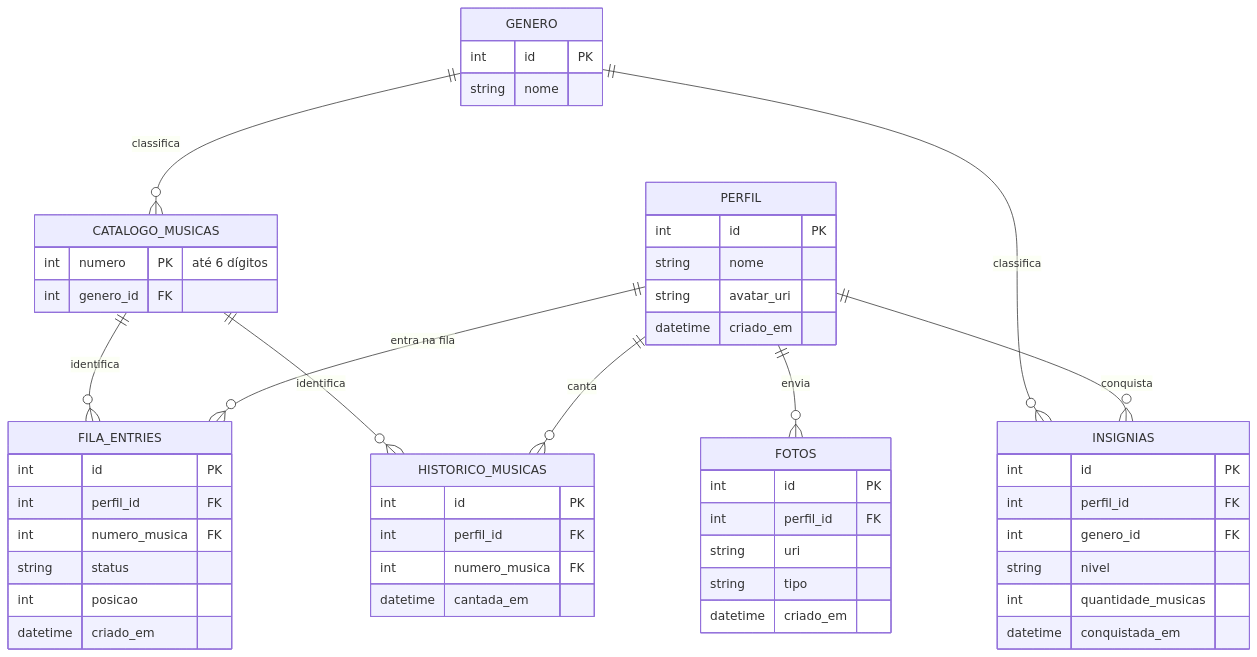
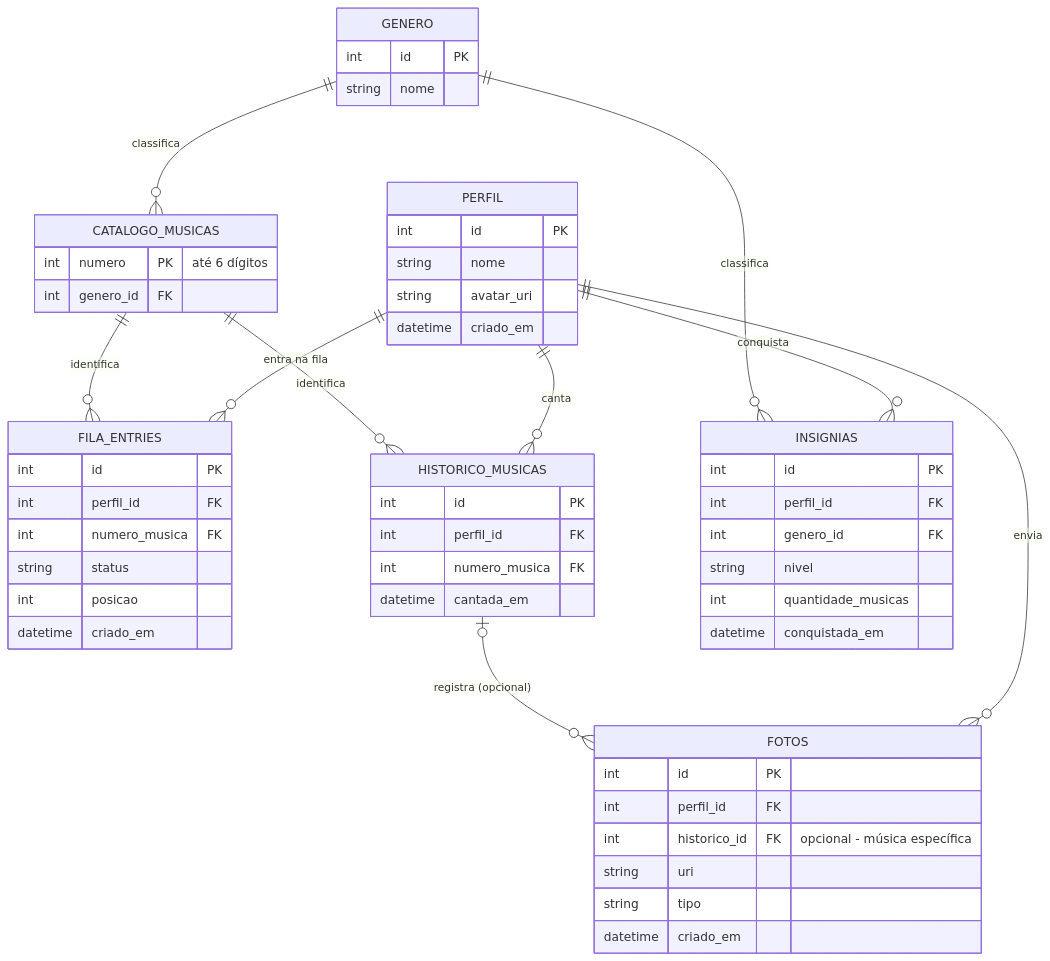
The diagram in README.md (william-wv/app-julius), drawn with Mermaid before and after one commit.

Commit message:
docs: modela vínculo opcional entre fotos e música (historico)

````diff
--- a/README.md
+++ b/README.md
@@ -42,55 +42,57 @@
 ```mermaid
 erDiagram
     PERFIL ||--o{ FILA_ENTRIES : "entra na fila"
     PERFIL ||--o{ HISTORICO_MUSICAS : "canta"
     PERFIL ||--o{ INSIGNIAS : "conquista"
     PERFIL ||--o{ FOTOS : "envia"
     CATALOGO_MUSICAS ||--o{ FILA_ENTRIES : "identifica"
     CATALOGO_MUSICAS ||--o{ HISTORICO_MUSICAS : "identifica"
+    HISTORICO_MUSICAS |o--o{ FOTOS : "registra (opcional)"
     GENERO ||--o{ CATALOGO_MUSICAS : "classifica"
     GENERO ||--o{ INSIGNIAS : "classifica"
 
     PERFIL {
         int id PK
         string nome
         string avatar_uri
         datetime criado_em
     }
     GENERO {
         int id PK
         string nome
     }
     CATALOGO_MUSICAS {
         int numero PK "até 6 dígitos"
         int genero_id FK
     }
     FILA_ENTRIES {
         int id PK
         int perfil_id FK
         int numero_musica FK
         string status
         int posicao
         datetime criado_em
     }
     HISTORICO_MUSICAS {
         int id PK
         int perfil_id FK
         int numero_musica FK
         datetime cantada_em
     }
     INSIGNIAS {
         int id PK
         int perfil_id FK
         int genero_id FK
         string nivel
         int quantidade_musicas
         datetime conquistada_em
     }
     FOTOS {
         int id PK
         int perfil_id FK
+        int historico_id FK "opcional - música específica"
         string uri
         string tipo
         datetime criado_em
     }
 ```
````
